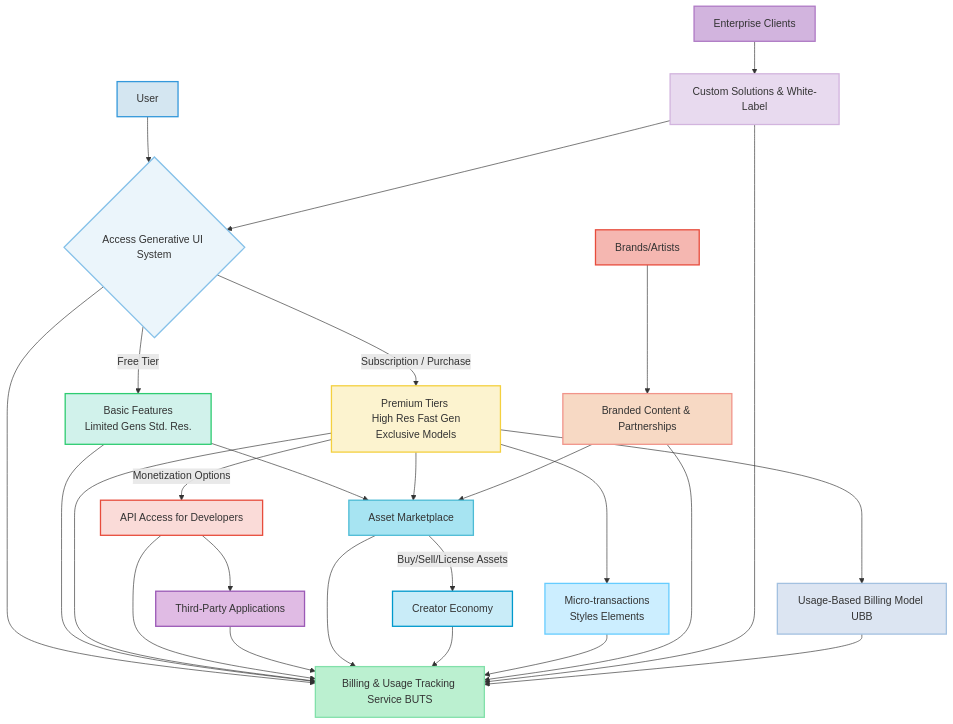
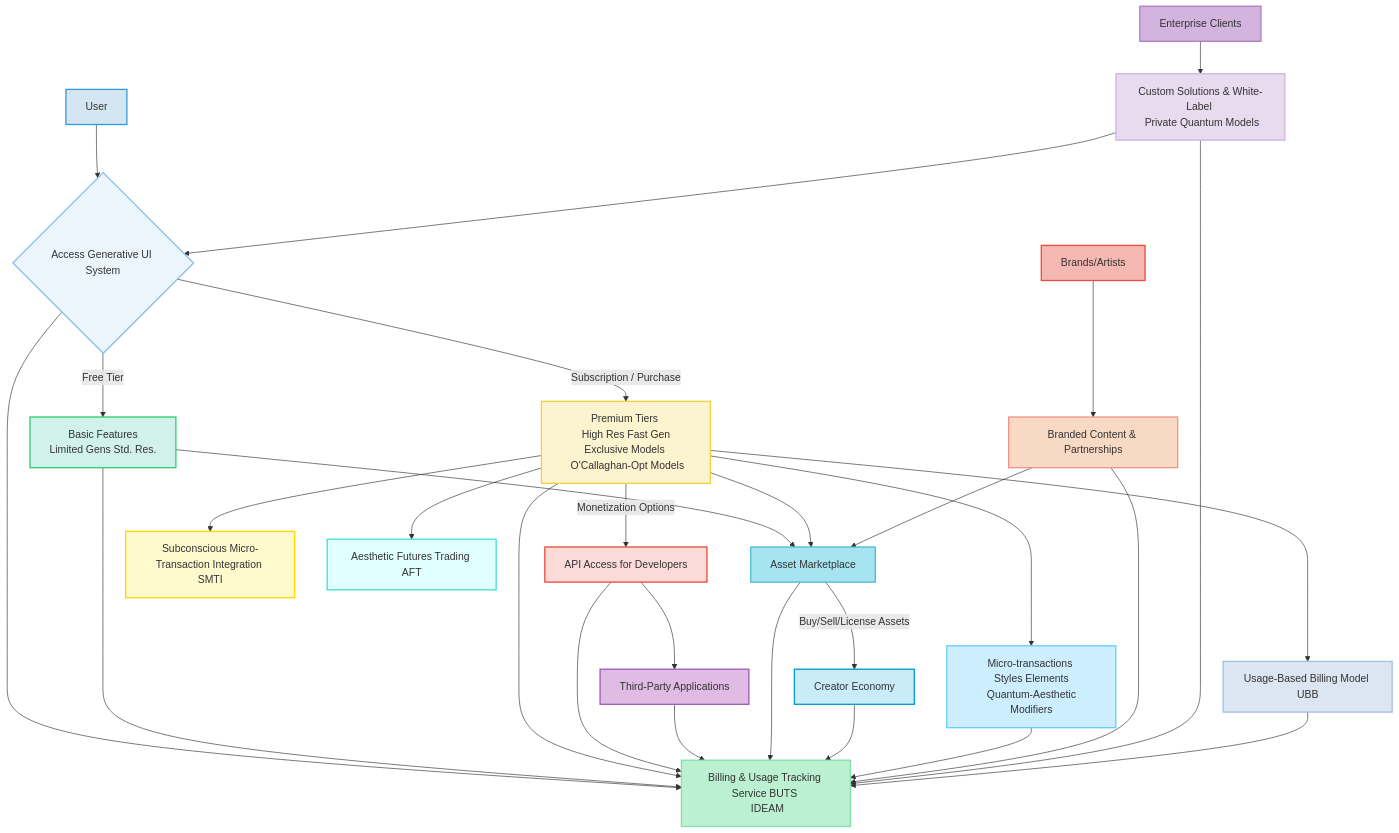
One commit to diplomat-bit/Citibank_Demo_Business_Inc_Demonstration- changed diagram 11 of 12 in inventions/001_generative_ui_background.md. Above: the diagram before and after it, drawn with Mermaid. The commit also changed other lines of this file, not shown here.

````diff
--- a/inventions/001_generative_ui_background.md
+++ b/inventions/001_generative_ui_background.md
@@ -490,34 +515,38 @@
 ```mermaid
 graph TD
     A[User] --> B{Access Generative UI System};
     B -- Free Tier --> C[Basic Features <br> Limited Gens Std. Res.];
-    B -- Subscription / Purchase --> D[Premium Tiers <br> High Res Fast Gen Exclusive Models];
+    B -- Subscription / Purchase --> D[Premium Tiers <br> High Res Fast Gen Exclusive Models <br> O'Callaghan-Opt Models];
     D -- Monetization Options --> E[API Access for Developers];
     E --> F[Third-Party Applications];
     C --> G[Asset Marketplace];
     D --> G;
     G -- Buy/Sell/License Assets --> H[Creator Economy];
-    D --> I[Micro-transactions <br> Styles Elements];
+    D --> I[Micro-transactions <br> Styles Elements <br> Quantum-Aesthetic Modifiers];
     J[Brands/Artists] --> K[Branded Content & Partnerships];
     K --> G;
-    L[Enterprise Clients] --> M[Custom Solutions & White-Label];
+    L[Enterprise Clients] --> M[Custom Solutions & White-Label <br> Private Quantum Models];
     M --> B;
     D --> P[Usage-Based Billing Model UBB];
-    B & C & D & E & F & G & H & I & K & M & P --> N[Billing & Usage Tracking Service BUTS];
+    B & C & D & E & F & G & H & I & K & M & P --> N[Billing & Usage Tracking Service BUTS <br> IDEAM];
+    D --> Q[Subconscious Micro-Transaction Integration SMTI];
+    D --> R[Aesthetic Futures Trading AFT];
 
     style A fill:#D4E6F1,stroke:#3498DB,stroke-width:2px;
-    style B fill:#EBF5FB,stroke:#85C1E9,stroke-width:2px;
+    style B fill:#EBF5FB,stroke:#85C1E9,stroke:#85C1E9,stroke-width:2px;
     style C fill:#D1F2EB,stroke:#2ECC71,stroke-width:2px;
     style D fill:#FCF3CF,stroke:#F4D03F,stroke-width:2px;
     style E fill:#FADBD8,stroke:#E74C3C,stroke-width:2px;
     style F fill:#E0BBE4,stroke:#9B59B6,stroke-width:2px;
     style G fill:#A7E4F2,stroke:#4DBBD5,stroke-width:2px;
     style H fill:#C9ECF8,stroke:#0099CC,stroke-width:2px;
     style I fill:#CCEEFF,stroke:#66CCFF,stroke-width:2px;
     style J fill:#F5B7B1,stroke:#E74C3C,stroke-width:2px;
     style K fill:#F7D9C4,stroke:#F1948A,stroke-width:2px;
     style L fill:#D2B4DE,stroke:#AF7AC5,stroke-width:2px;
     style M fill:#E8DAEF,stroke:#D2B4DE,stroke-width:2px;
     style N fill:#BBF0D0,stroke:#82E0AA,stroke-width:2px;
     style P fill:#DCE5F2,stroke:#A3C1E0,stroke-width:2px;
+    style Q fill:#FFFACD,stroke:#FFD700,stroke-width:2px;
+    style R fill:#E0FFFF,stroke:#40E0D0,stroke-width:2px;
 ```
````
